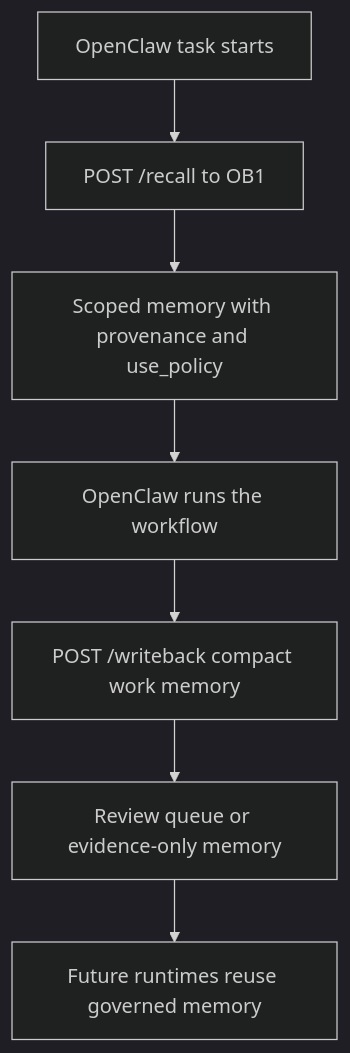
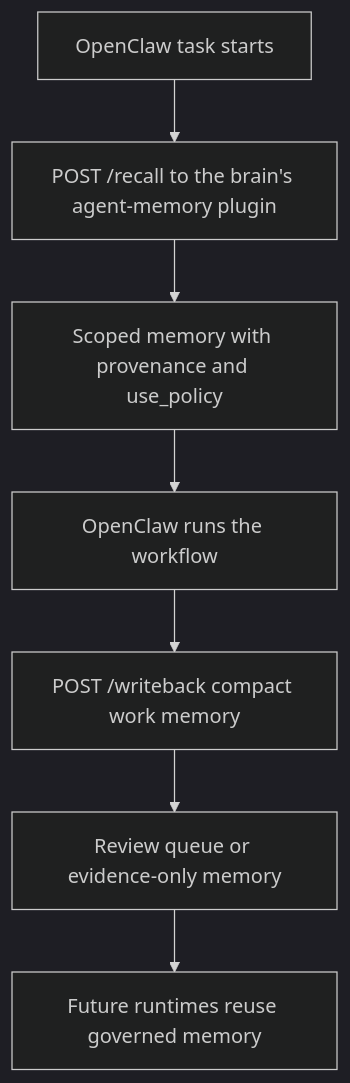
One commit to MHarris-SgyMd/OB1 changed the diagram in recipes/openclaw-agent-memory/README.md. Above: the diagram before and after it, drawn with Mermaid (dark theme). The commit also changed other lines of this file and 30 other files, not shown here.

````diff
--- a/recipes/openclaw-agent-memory/README.md
+++ b/recipes/openclaw-agent-memory/README.md
@@ -3,9 +3,9 @@
 ```mermaid
 flowchart TD
-  Task["OpenClaw task starts"] --> Recall["POST /recall to OB1"]
+  Task["OpenClaw task starts"] --> Recall["POST /recall to the brain's agent-memory plugin"]
   Recall --> Context["Scoped memory with provenance and use_policy"]
   Context --> Work["OpenClaw runs the workflow"]
   Work --> WriteBack["POST /writeback compact work memory"]
   WriteBack --> Review["Review queue or evidence-only memory"]
   Review --> Future["Future runtimes reuse governed memory"]
 ```
````
